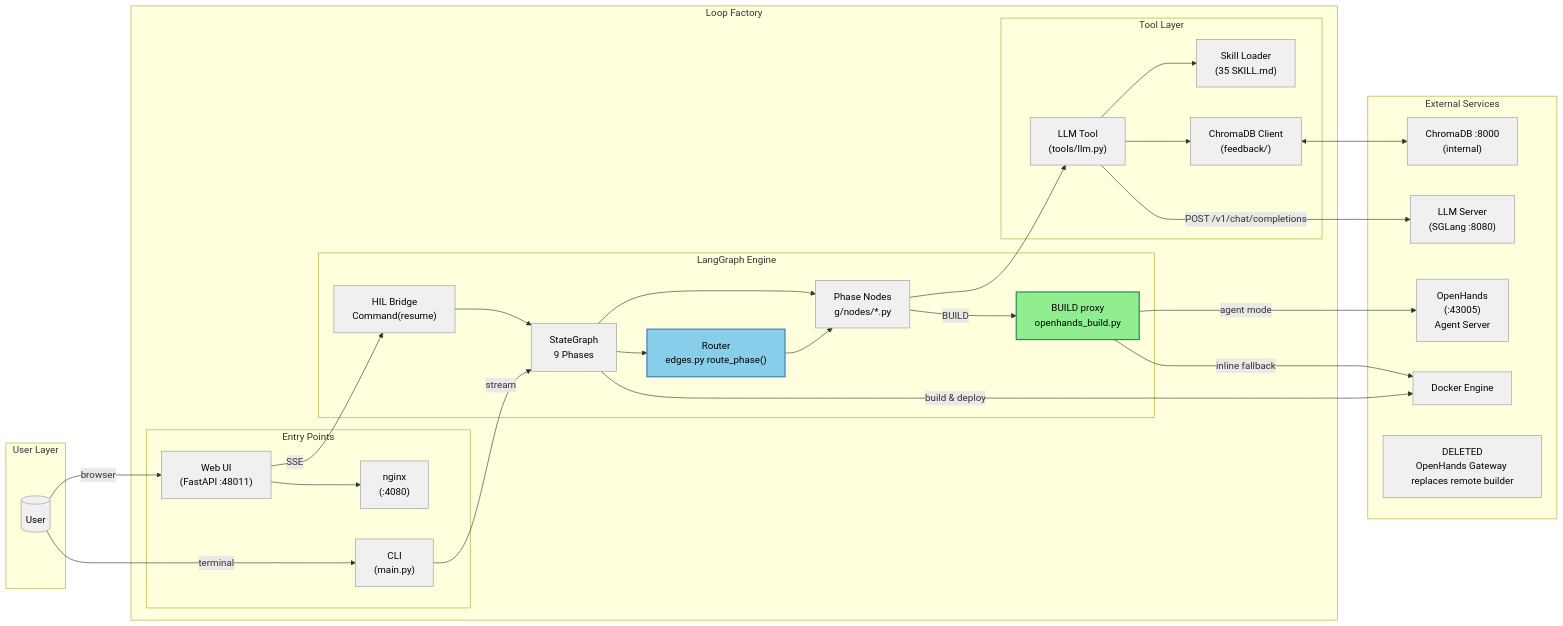
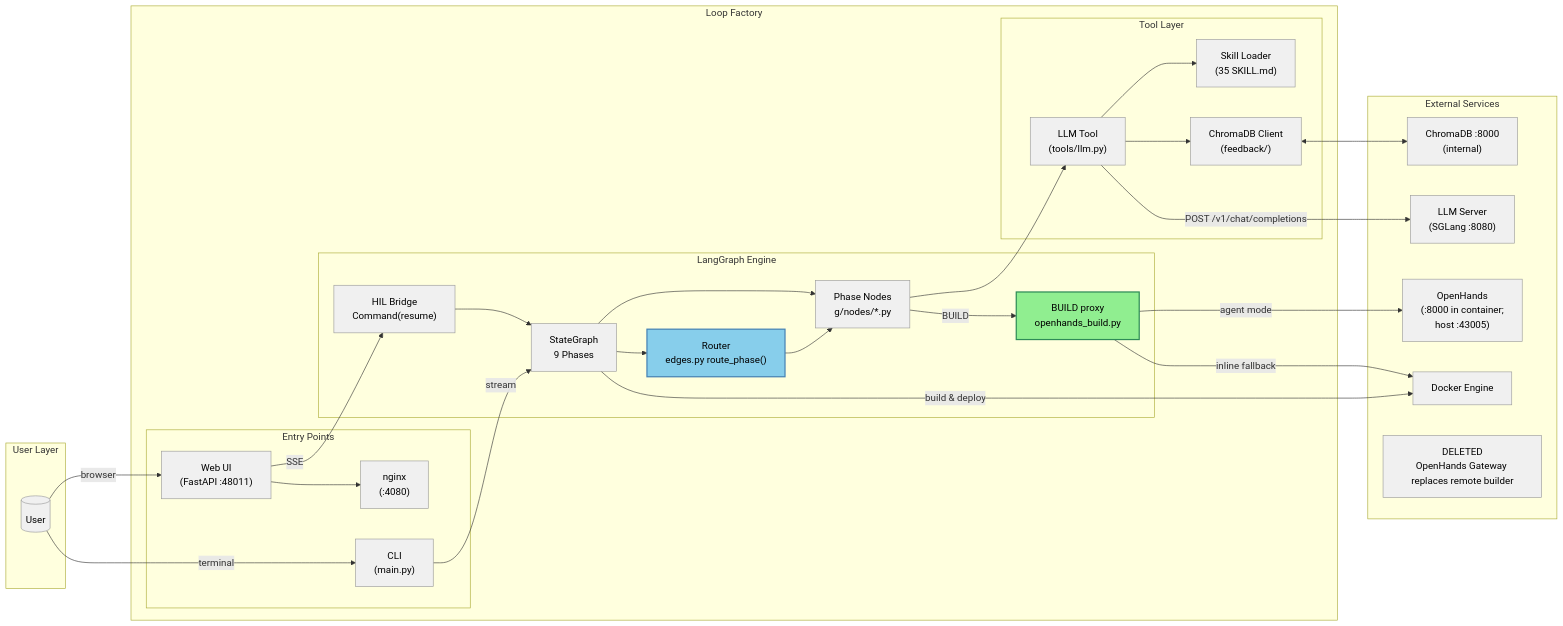
Before and after one commit to terrygzhou/loop_engineering_factory: the third of 4 diagrams in README.md, drawn with Mermaid. The commit also changed other lines of this file, not shown here.

````diff
--- a/README.md
+++ b/README.md
@@ -100,65 +100,65 @@
 ```mermaid
 graph LR
     subgraph User["User Layer"]
         U[("User")]
     end
 
     subgraph LoopFactory["Loop Factory"]
         subgraph Entry["Entry Points"]
             CLI["CLI<br/>(main.py)"]
             WebUI["Web UI<br/>(FastAPI :48011)"]
             Nginx["nginx<br/>(:4080)"]
         end
 
         subgraph Engine["LangGraph Engine"]
             Graph["StateGraph<br/>9 Phases"]
             Nodes["Phase Nodes<br/>g/nodes/*.py"]
             Bridge["HIL Bridge<br/>Command(resume)"]
             BuildProxy["BUILD proxy<br/>openhands_build.py"]
             Router["Router<br/>edges.py route_phase()"]
         end
 
         subgraph Tools["Tool Layer"]
             LLM["LLM Tool<br/>(tools/llm.py)"]
             Skills["Skill Loader<br/>(35 SKILL.md)"]
             ChromaC["ChromaDB Client<br/>(feedback/)"]
         end
     end
 
     subgraph External["External Services"]
         LLM_Srv["LLM Server<br/>(SGLang :8080)"]
         Docker["Docker Engine"]
         Chroma["ChromaDB :8000<br/>(internal)"]
-        OpenHands["OpenHands<br/>(:43005)<br/>Agent Server"]
+        OpenHands["OpenHands<br/>(:8000 in container;<br/>host :43005)"]
         Builder["DELETED<br/>OpenHands Gateway replaces remote builder"]
     end
 
     U -->|browser| WebUI
     U -->|terminal| CLI
     CLI -->|stream| Graph
     WebUI -->|SSE| Bridge
     Bridge --> Graph
     Graph --> Nodes
     Graph --> Router
     Router --> Nodes
     Nodes --> LLM
     LLM --> Skills
     LLM --> ChromaC
     LLM -->|"POST /v1/chat/completions"| LLM_Srv
     Graph -->|"build & deploy"| Docker
     ChromaC <--> Chroma
     WebUI --> Nginx
 
     %% BUILD: OpenHands agent delegation with inline fallback
     Nodes -->|"BUILD"| BuildProxy
     BuildProxy -->|"agent mode"| OpenHands
     BuildProxy -->|"inline fallback"| Docker
 
     classDef default fill:#F0F0F0,stroke:#999,stroke-width:1px,color:#000
     classDef hil fill:#FFD700,stroke:#B8860B,stroke-width:2px,color:#000
     classDef agent fill:#90EE90,stroke:#2E8B57,stroke-width:2px,color:#000
     classDef router fill:#87CEEB,stroke:#4682B4,stroke-width:2px,color:#000
     class BuildProxy agent
     class OpenHands,Builder external
     class Router router
 ```
````
